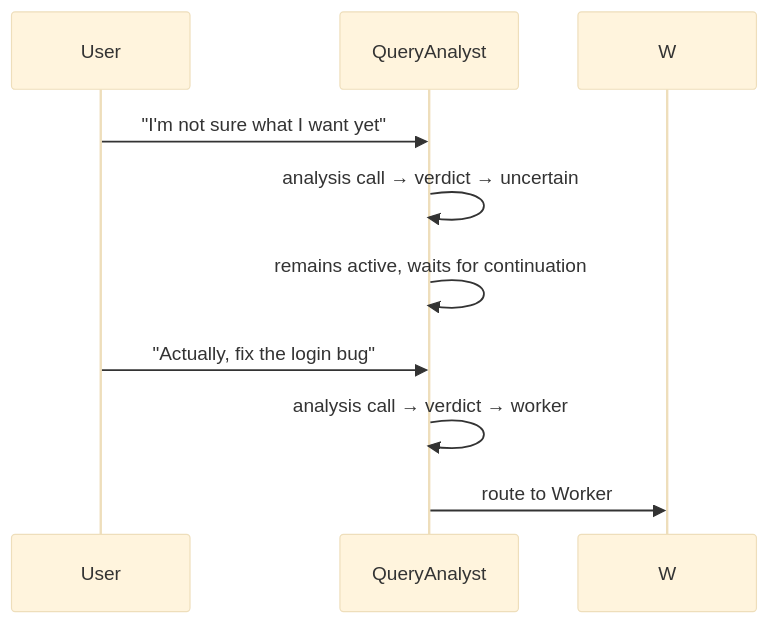
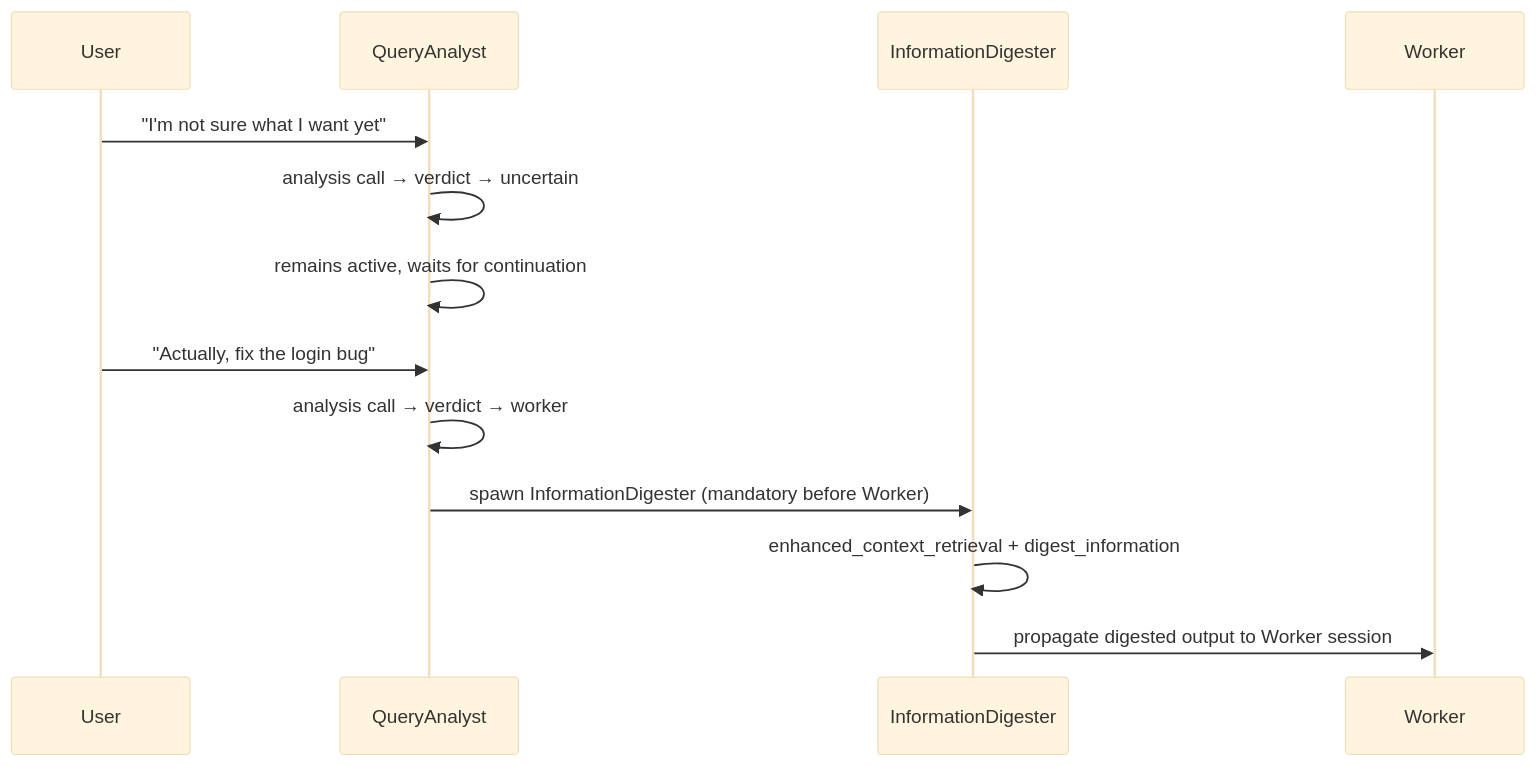
Before and after one commit to VJyzCELERY/TINYCUA: the eighth of 17 diagrams in src/tinycua/docs/design/loops/expected_scenarios.md, drawn with Mermaid (base theme). The commit also changed other lines of this file and 6 other files, not shown here.

First line of the commit message:
fix(design): spawn InformationDigester before WorkerNode for better routing context

````diff
--- a/src/tinycua/docs/design/loops/expected_scenarios.md
+++ b/src/tinycua/docs/design/loops/expected_scenarios.md
@@ -223,12 +233,16 @@
 ```mermaid
 sequenceDiagram
     participant User
     participant QA as QueryAnalyst
+    participant ID as InformationDigester
+    participant W as Worker
 
     User->>QA: "I'm not sure what I want yet"
     QA->>QA: analysis call → verdict → uncertain
     QA->>QA: remains active, waits for continuation
     User->>QA: "Actually, fix the login bug"
     QA->>QA: analysis call → verdict → worker
-    QA->>W: route to Worker
+    QA->>ID: spawn InformationDigester (mandatory before Worker)
+    ID->>ID: enhanced_context_retrieval + digest_information
+    ID->>W: propagate digested output to Worker session
 ```
````
